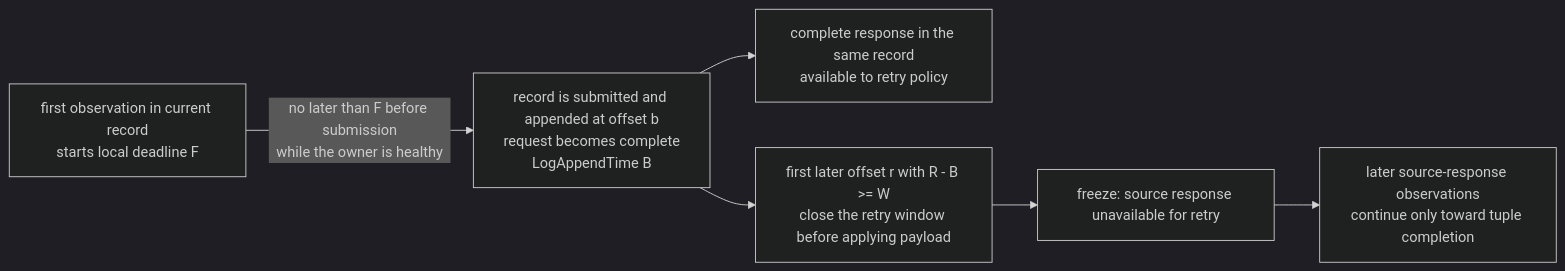
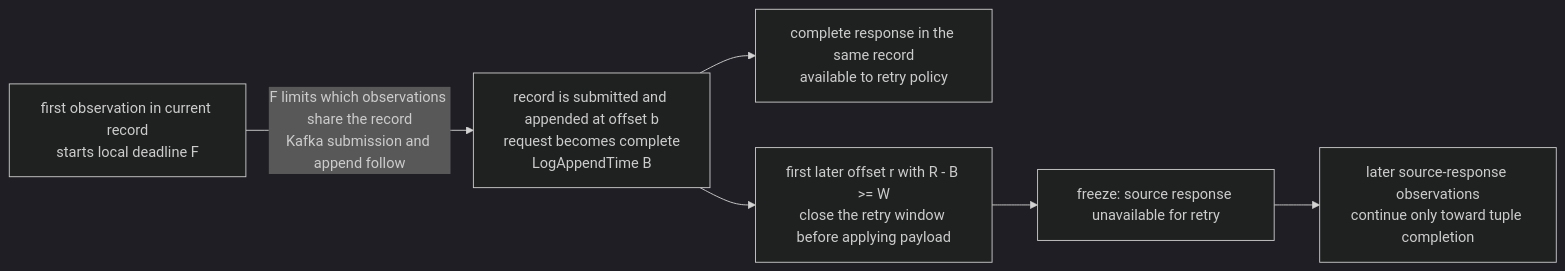
The fifth of 6 diagrams in docs/captureAndReplayArchitecture.md (opensearch-project/opensearch-migrations), drawn with Mermaid (dark theme) before and after one commit. The commit also changed other lines of this file and 5 other files, not shown here.

````diff
--- a/docs/captureAndReplayArchitecture.md
+++ b/docs/captureAndReplayArchitecture.md
@@ -1042,15 +1076,15 @@
 ```mermaid
 flowchart LR
     S["first observation in current record<br/>starts local deadline F"]
     B["record is submitted and appended at offset b<br/>request becomes complete<br/>LogAppendTime B"]
     C["complete response in the same record<br/>available to retry policy"]
     R["first later offset r with R - B >= W<br/>close the retry window before applying payload"]
     U["freeze: source response unavailable for retry"]
     L["later source-response observations<br/>continue only toward tuple completion"]
 
-    S -->|"no later than F before submission<br/>while the owner is healthy"| B
+    S -->|"F limits which observations share the record<br/>Kafka submission and append follow"| B
     B --> C
     B --> R
     R --> U
     U --> L
 ```
````
